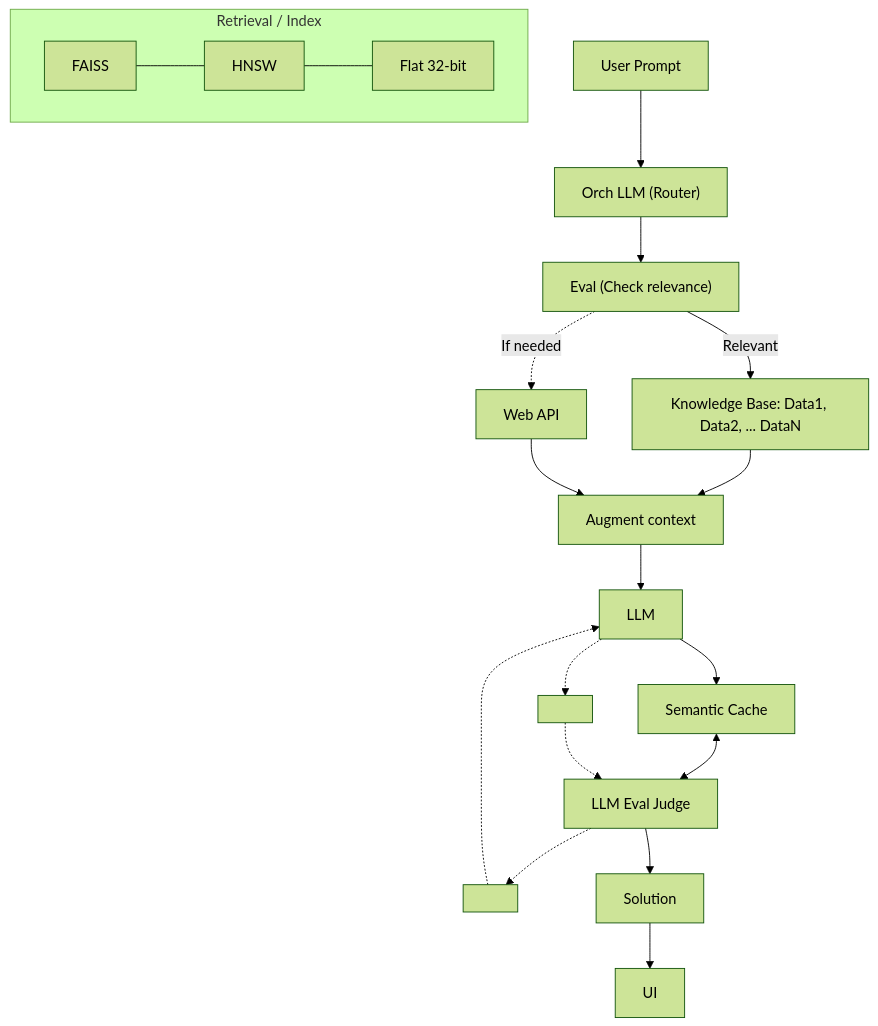
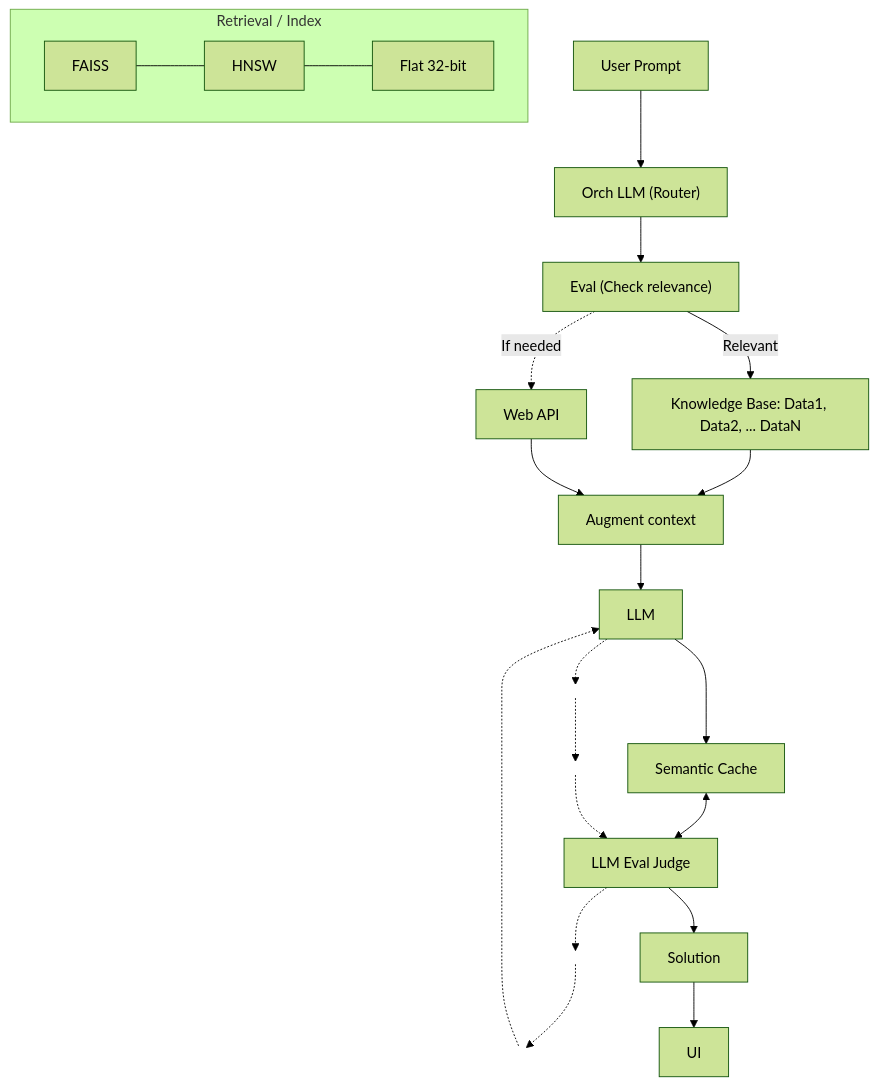
Before and after one commit to heleyna-tuck/Diagram: the diagram in README.md, drawn with Mermaid (forest theme).

Commit message:
Add invisible anchors for bypass routes in diagram

````diff
--- a/README.md
+++ b/README.md
@@ -1,32 +1,37 @@
 ```mermaid
 flowchart TD
   U["User Prompt"] --> R["Orch LLM (Router)"]
 
   subgraph RET["Retrieval / Index"]
     F["FAISS"] --- H["HNSW"]
     H --- Q["Flat 32-bit"]
   end
 
   R --> E["Eval (Check relevance)"]
   E -->|Relevant| KB["Knowledge Base: Data1, Data2, ... DataN"]
   E -.->|If needed| W["Web API"]
 
   KB --> A["Augment context"]
   W --> A
   A --> L["LLM"]
 
   L --> C["Semantic Cache"]
   C <--> J["LLM Eval Judge"]
 
-  %% Bypass loop around Semantic Cache:
-  %% top path (LLM -> Judge)
-  L -.-> UP[" "]
-  UP -.-> J
+  %% invisible anchors to route lines around Semantic Cache
+  R1(( )):::invis
+  R2(( )):::invis
+  L1(( )):::invis
+  L2(( )):::invis
 
-  %% bottom path (Judge -> LLM)
-  J -.-> DOWN[" "]
-  DOWN -.-> L
+  %% right-side bypass: LLM -> Judge (go around to the right)
+  L -.-> R1 -.-> R2 -.-> J
+
+  %% left-side bypass: Judge -> LLM (go around to the left)
+  J -.-> L1 -.-> L2 -.-> L
 
   J --> S["Solution"]
   S --> UI["UI"]
+
+  classDef invis fill:transparent,stroke:transparent,color:transparent;
 ```
````
